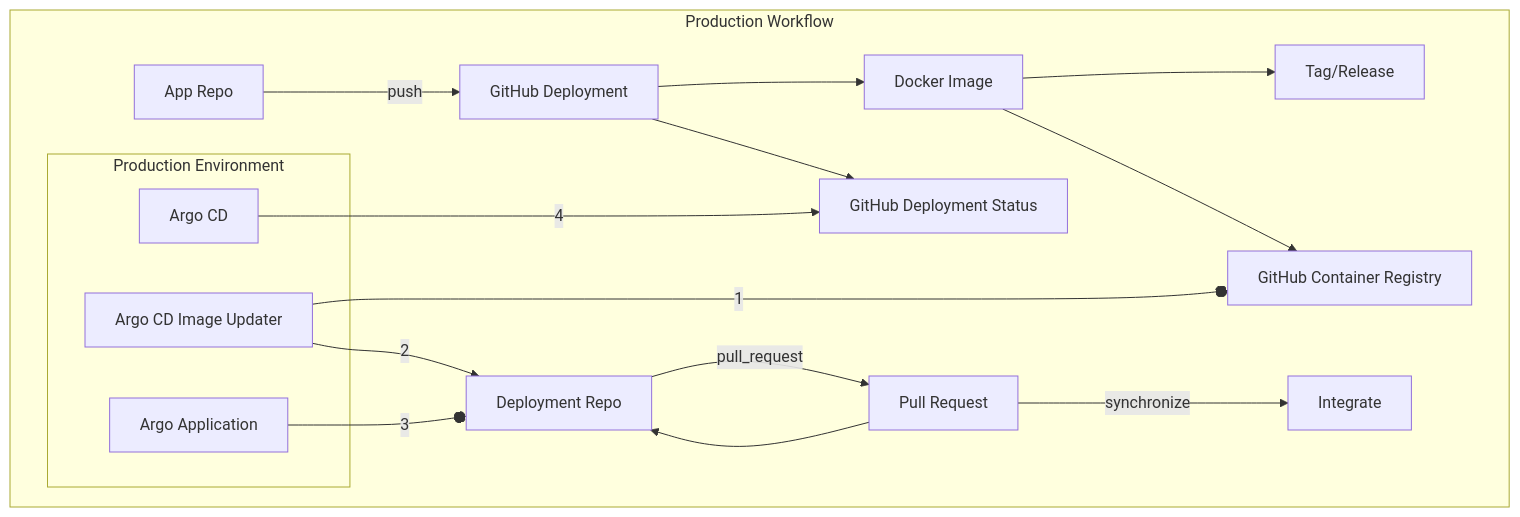
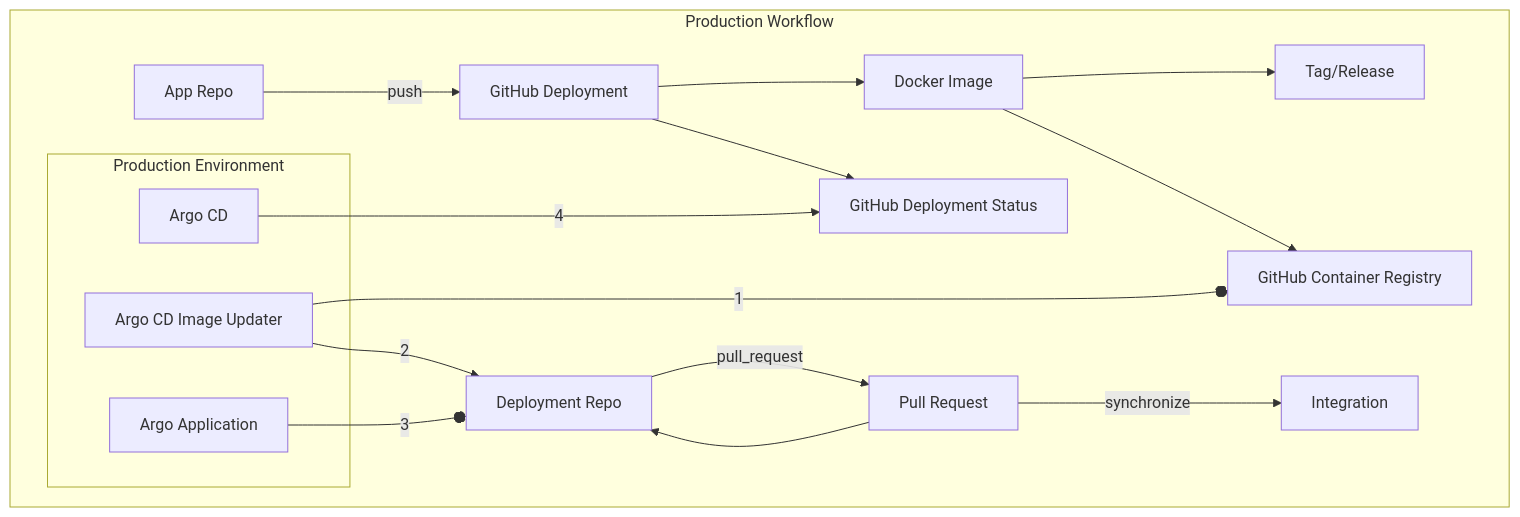
One commit to gitops-ci-cd/.github changed the fourth of 5 diagrams in profile/README.md. Above: the diagram before and after it, drawn with Mermaid.

````diff
--- a/profile/README.md
+++ b/profile/README.md
@@ -169,36 +169,36 @@
 ```mermaid
 flowchart TD
     registry[GitHub Container Registry]
 
     subgraph production[Production Environment]
         argo[Argo CD]
         argo-image-updater[Argo CD Image Updater]
         argo-app[Argo Application]
     end
 
     subgraph prod[Production Workflow]
         app[App Repo]
         app-deployment[Deployment Repo]
         deployment[GitHub Deployment]
         deployment-status[GitHub Deployment Status]
         build[Docker Image]
         tag[Tag/Release]
         pr[Pull Request]
-        integrate[Integrate]
+        integration[Integration]
 
         app -- push --> deployment
         deployment --> build
         deployment --> deployment-status
         build --> tag
         build --> registry
         
         production
         argo-image-updater -- 1 --o registry
         argo-image-updater -- 2 --> app-deployment
         app-deployment -- pull_request --> pr
-        pr -- synchronize --> integrate
+        pr -- synchronize --> integration
         pr --> app-deployment
         argo-app -- 3 --o app-deployment
         argo -- 4 --> deployment-status
     end
 ```
````
